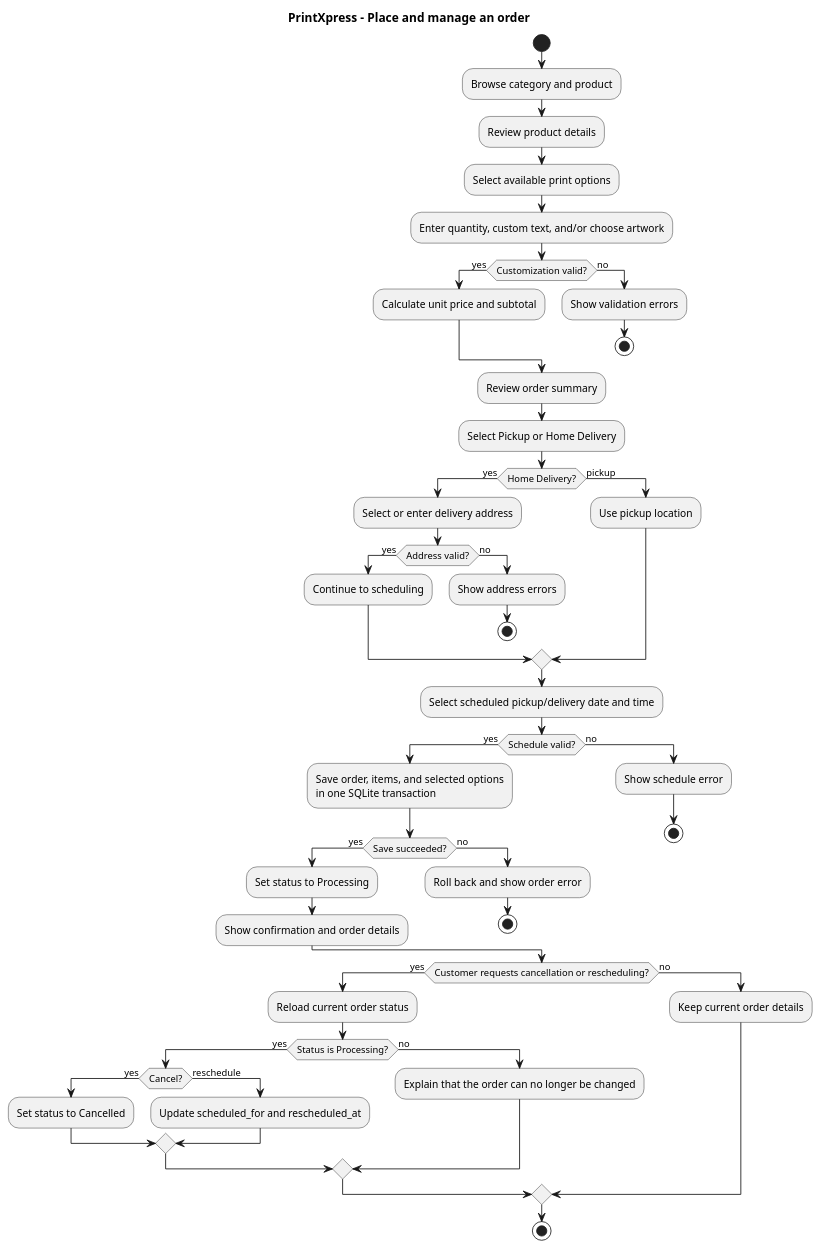
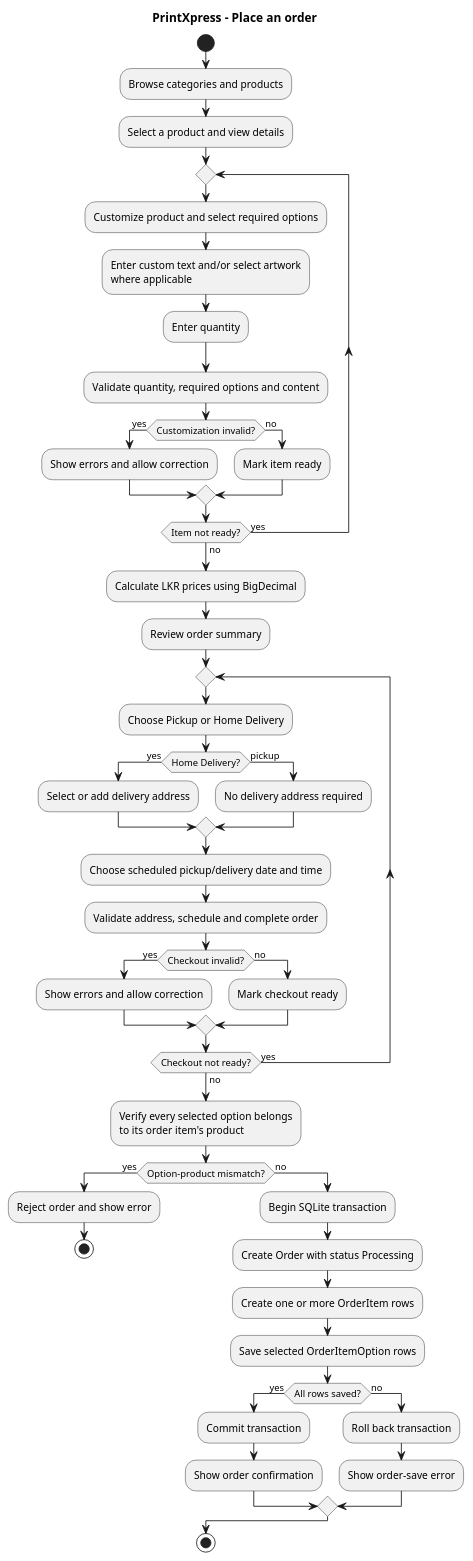
Before and after one commit to rvabi/PrintXpress-Mobile-App: the diagram in docs/diagrams/order-activity.puml, drawn with PlantUML. The commit also changed 18 other files, not shown here.

Commit message:
Complete PrintXpress planning for Tasks A-C

```diff
--- a/docs/diagrams/order-activity.puml
+++ b/docs/diagrams/order-activity.puml
@@ -1,57 +1,55 @@
 @startuml
-title PrintXpress - Place and manage an order
+title PrintXpress - Place an order
 
 start
-:Browse category and product;
-:Review product details;
-:Select available print options;
-:Enter quantity, custom text, and/or choose artwork;
-if (Customization valid?) then (yes)
-  :Calculate unit price and subtotal;
+:Browse categories and products;
+:Select a product and view details;
+repeat
+  :Customize product and select required options;
+  :Enter custom text and/or select artwork\nwhere applicable;
+  :Enter quantity;
+  :Validate quantity, required options and content;
+  if (Customization invalid?) then (yes)
+    :Show errors and allow correction;
+  else (no)
+    :Mark item ready;
+  endif
+repeat while (Item not ready?) is (yes) not (no)
+
+:Calculate LKR prices using BigDecimal;
+:Review order summary;
+repeat
+  :Choose Pickup or Home Delivery;
+  if (Home Delivery?) then (yes)
+    :Select or add delivery address;
+  else (pickup)
+    :No delivery address required;
+  endif
+  :Choose scheduled pickup/delivery date and time;
+  :Validate address, schedule and complete order;
+  if (Checkout invalid?) then (yes)
+    :Show errors and allow correction;
+  else (no)
+    :Mark checkout ready;
+  endif
+repeat while (Checkout not ready?) is (yes) not (no)
+
+:Verify every selected option belongs\nto its order item's product;
+if (Option-product mismatch?) then (yes)
+  :Reject order and show error;
+  stop
 else (no)
-  :Show validation errors;
-  stop
-endif
-:Review order summary;
-:Select Pickup or Home Delivery;
-if (Home Delivery?) then (yes)
-  :Select or enter delivery address;
-  if (Address valid?) then (yes)
-    :Continue to scheduling;
+  :Begin SQLite transaction;
+  :Create Order with status Processing;
+  :Create one or more OrderItem rows;
+  :Save selected OrderItemOption rows;
+  if (All rows saved?) then (yes)
+    :Commit transaction;
+    :Show order confirmation;
   else (no)
-    :Show address errors;
-    stop
+    :Roll back transaction;
+    :Show order-save error;
   endif
-else (pickup)
-  :Use pickup location;
-endif
-:Select scheduled pickup/delivery date and time;
-if (Schedule valid?) then (yes)
-  :Save order, items, and selected options\nin one SQLite transaction;
-  if (Save succeeded?) then (yes)
-    :Set status to Processing;
-    :Show confirmation and order details;
-  else (no)
-    :Roll back and show order error;
-    stop
-  endif
-else (no)
-  :Show schedule error;
-  stop
-endif
-if (Customer requests cancellation or rescheduling?) then (yes)
-  :Reload current order status;
-  if (Status is Processing?) then (yes)
-    if (Cancel?) then (yes)
-      :Set status to Cancelled;
-    else (reschedule)
-      :Update scheduled_for and rescheduled_at;
-    endif
-  else (no)
-    :Explain that the order can no longer be changed;
-  endif
-else (no)
-  :Keep current order details;
 endif
 stop
 @enduml
```
